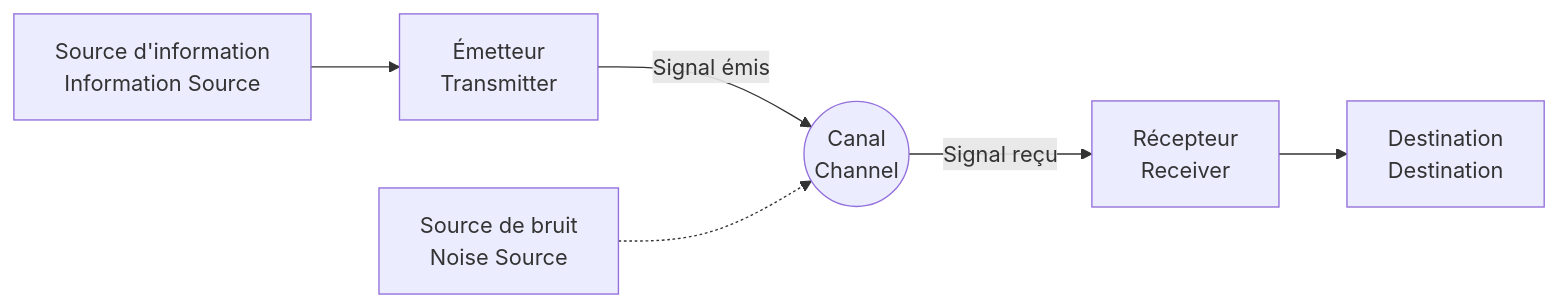
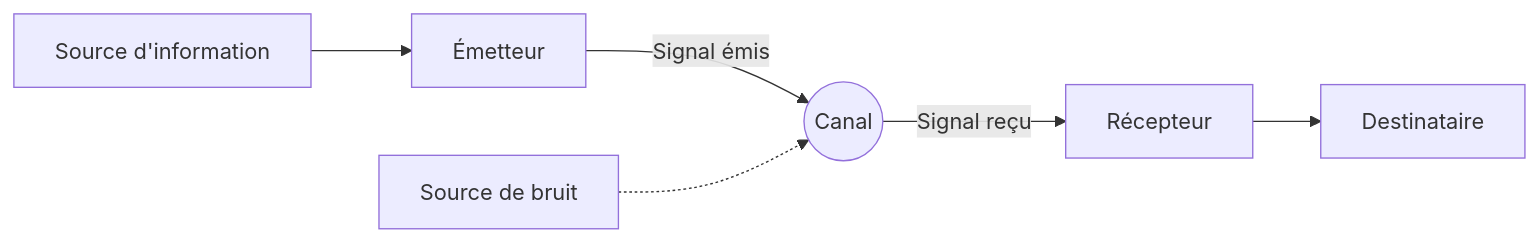
The diagram in content/post/information-theory-shannon-entropy/index.fr.md (kenjinote/blog), drawn with Mermaid before and after one commit. The commit also changed other lines of this file and 8 other files, not shown here.

````diff
--- a/content/post/information-theory-shannon-entropy/index.fr.md
+++ b/content/post/information-theory-shannon-entropy/index.fr.md
@@ -28,8 +29,8 @@
 ```mermaid
 graph LR
-    A["Source d'information<br>Information Source"] --> B["Émetteur<br>Transmitter"]
-    B -->|"Signal émis"| C(("Canal<br>Channel"))
-    C -->|"Signal reçu"| D["Récepteur<br>Receiver"]
-    D --> E["Destination<br>Destination"]
-    N["Source de bruit<br>Noise Source"] -.-> C
+    A["Source d'information"] --> B["Émetteur"]
+    B -->|"Signal émis"| C(("Canal"))
+    C -->|"Signal reçu"| D["Récepteur"]
+    D --> E["Destinataire"]
+    N["Source de bruit"] -.-> C
 ```
````
